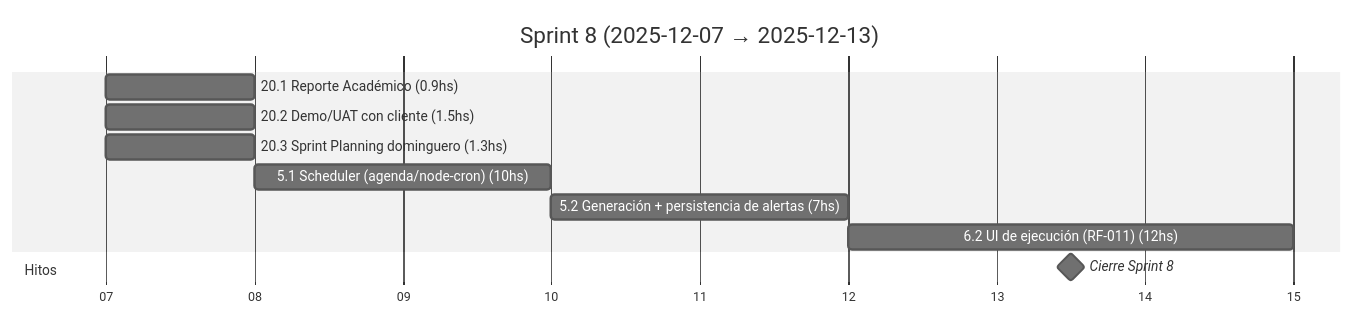
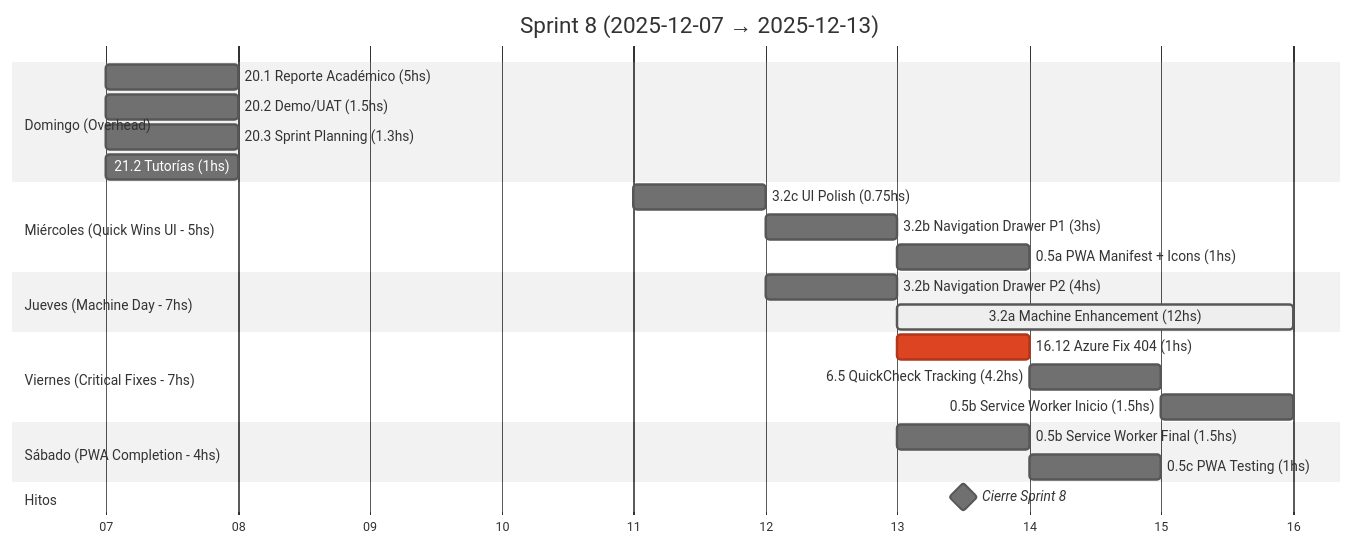
The ninth of 19 diagrams in docs/SprintsGantts.md (MarkMed/FleetMan), drawn with Mermaid (neutral theme) before and after one commit. The commit also changed other lines of this file and 3 other files, not shown here.

Commit message:
feat: Enhance Sprint #8 objectives with detailed PWA and Machine Management improvements, including QuickCheck refinements and critical fixes

````diff
--- a/docs/SprintsGantts.md
+++ b/docs/SprintsGantts.md
@@ -247,18 +247,35 @@
 ```mermaid
 gantt
   title Sprint 8 (2025-12-07 → 2025-12-13)
   dateFormat  YYYY-MM-DD
   axisFormat  %d
 
   %% Asumimos 5 h/día. Horas estimadas incluidas en el nombre.
 
-  20.1 Reporte Académico (0.9hs)               :t201, 2025-12-07, 1d
-  20.2 Demo/UAT con cliente (1.5hs)            :t202, 2025-12-07, 1d
-  20.3 Sprint Planning dominguero (1.3hs)      :t203, 2025-12-07, 1d
-  5.1 Scheduler (agenda/node-cron) (10hs)      :t51, after t203, 2d
-  5.2 Generación + persistencia de alertas (7hs) :t52, after t51, 2d
-  6.2 UI de ejecución (RF-011) (12hs)          :t62, after t52, 3d
+  section Domingo (Overhead)
+  20.1 Reporte Académico (5hs)                 :t201, 2025-12-07, 1d
+  20.2 Demo/UAT (1.5hs)                        :t202, 2025-12-07, 1d
+  20.3 Sprint Planning (1.3hs)                 :t203, 2025-12-07, 1d
+  21.2 Tutorías (1hs)                          :t212, 2025-12-07, 1d
+
+  section Miércoles (Quick Wins UI - 5hs)
+  3.2c UI Polish (0.75hs)                      :t32c, 2025-12-11, 1d
+  3.2b Navigation Drawer P1 (3hs)              :t32b1, after t32c, 1d
+  0.5a PWA Manifest + Icons (1hs)              :t05a, after t32b1, 1d
+
+  section Jueves (Machine Day - 7hs)
+  3.2b Navigation Drawer P2 (4hs)              :t32b2, 2025-12-12, 1d
+  3.2a Machine Enhancement (12hs)              :active, t32a, after t32b2, 3d
+
+  section Viernes (Critical Fixes - 7hs)
+  16.12 Azure Fix 404 (1hs)                    :crit, t1612, 2025-12-13, 1d
+  6.5 QuickCheck Tracking (4.2hs)              :t65, after t1612, 1d
+  0.5b Service Worker Inicio (1.5hs)           :t05b1, after t65, 1d
+
+  section Sábado (PWA Completion - 4hs)
+  0.5b Service Worker Final (1.5hs)            :t05b2, 2025-12-13, 1d
+  0.5c PWA Testing (1hs)                       :t05c, after t05b2, 1d
 
   section Hitos
   Cierre Sprint 8                              :milestone, s8, 2025-12-13, 1d
 ```
````
